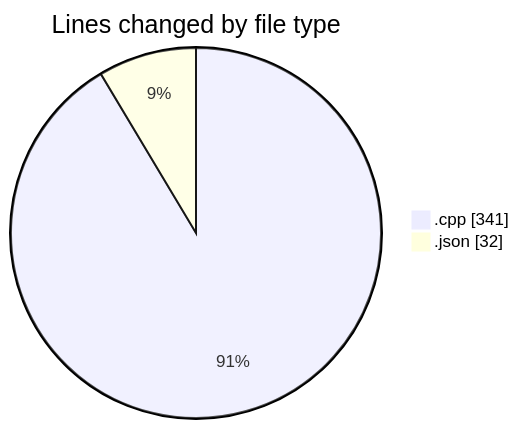
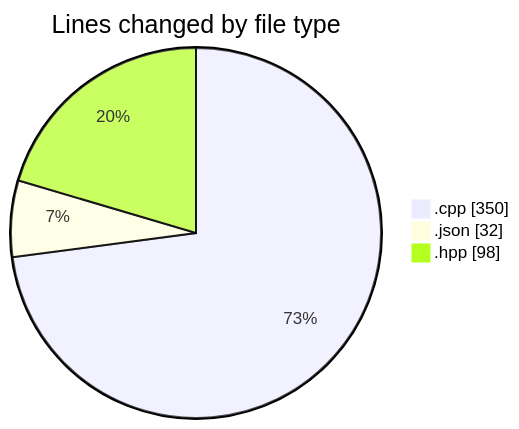
Before and after one commit to Netris89/code-tracking: the first of 2 diagrams in 2025-04-23/echo/README.md, drawn with Mermaid. The commit also changed other lines of this file and 1 other file, not shown here.

````diff
--- a/2025-04-23/echo/README.md
+++ b/2025-04-23/echo/README.md
@@ -21,6 +22,7 @@
 ```mermaid
 pie showData
 title Lines changed by file type
-".cpp" : 341
+".cpp" : 350
 ".json" : 32
+".hpp" : 98
 ```
````
